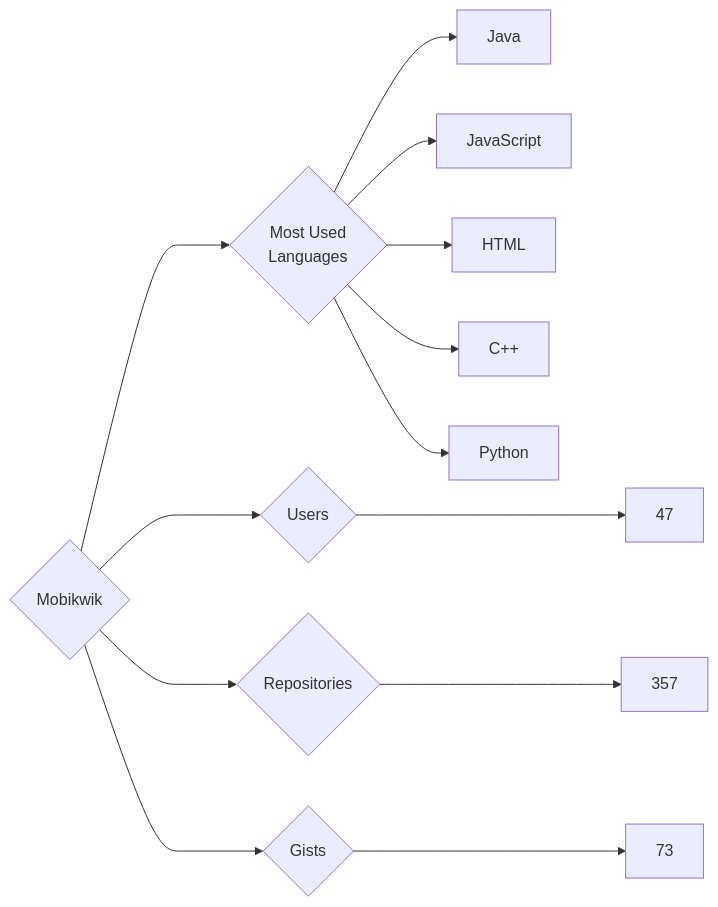
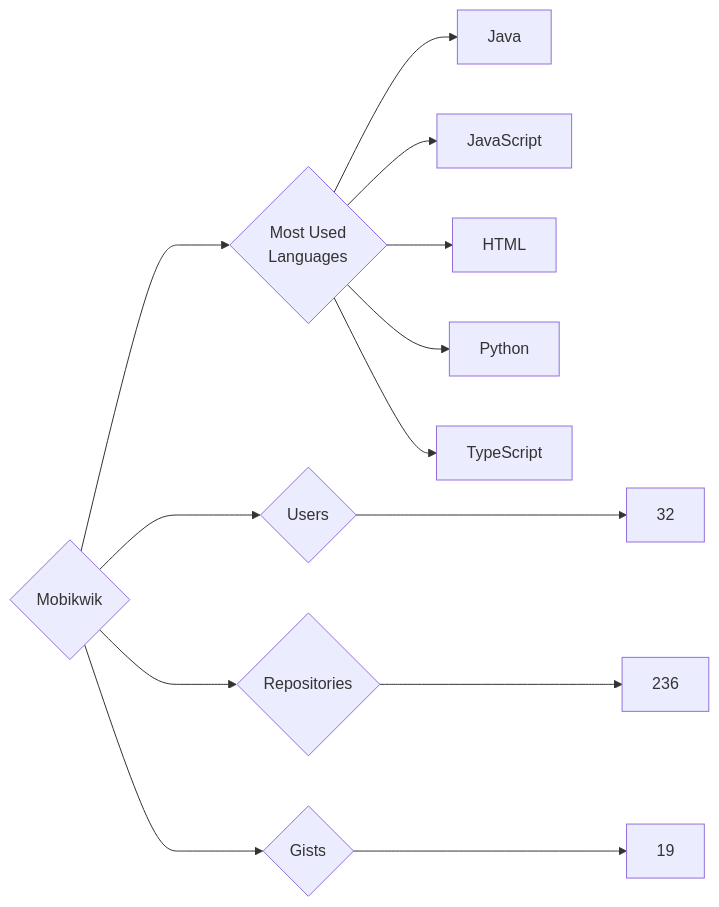
The diagram in targets/Mobikwik/README.md (trickest/insiders), drawn with Mermaid before and after one commit. The commit also changed 871 other files, not shown here.

````diff
--- a/targets/Mobikwik/README.md
+++ b/targets/Mobikwik/README.md
@@ -3,13 +3,13 @@
 ```mermaid
 graph LR
 COMPANY_NAME{Mobikwik}
-COMPANY_NAME ---> U{Users} ---> UN[47]
-COMPANY_NAME ---> R{Repositories} ---> RN[357]
-COMPANY_NAME ---> G{Gists} ---> GN[73]
+COMPANY_NAME ---> U{Users} ---> UN[32]
+COMPANY_NAME ---> R{Repositories} ---> RN[236]
+COMPANY_NAME ---> G{Gists} ---> GN[19]
 COMPANY_NAME ---> ML{Most Used<br>Languages}
 ML --> Java[Java]
 ML --> JavaScript[JavaScript]
 ML --> HTML[HTML]
-ML --> C++[C++]
 ML --> Python[Python]
+ML --> TypeScript[TypeScript]
 ```
````
